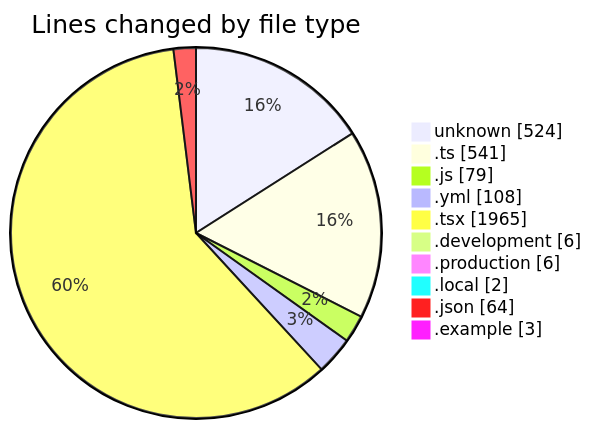
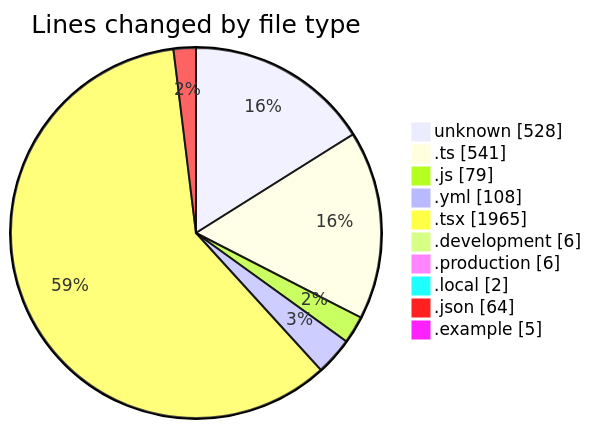
One commit to Elitesun/code-tracking changed the first of 2 diagrams in 2025-05-17/niten/README.md. Above: the diagram before and after it, drawn with Mermaid. The commit also changed other lines of this file and 1 other file, not shown here.

````diff
--- a/2025-05-17/niten/README.md
+++ b/2025-05-17/niten/README.md
@@ -48,14 +48,14 @@
 ```mermaid
 pie showData
 title Lines changed by file type
-"unknown" : 524
+"unknown" : 528
 ".ts" : 541
 ".js" : 79
 ".yml" : 108
 ".tsx" : 1965
 ".development" : 6
 ".production" : 6
 ".local" : 2
 ".json" : 64
-".example" : 3
+".example" : 5
 ```
````
